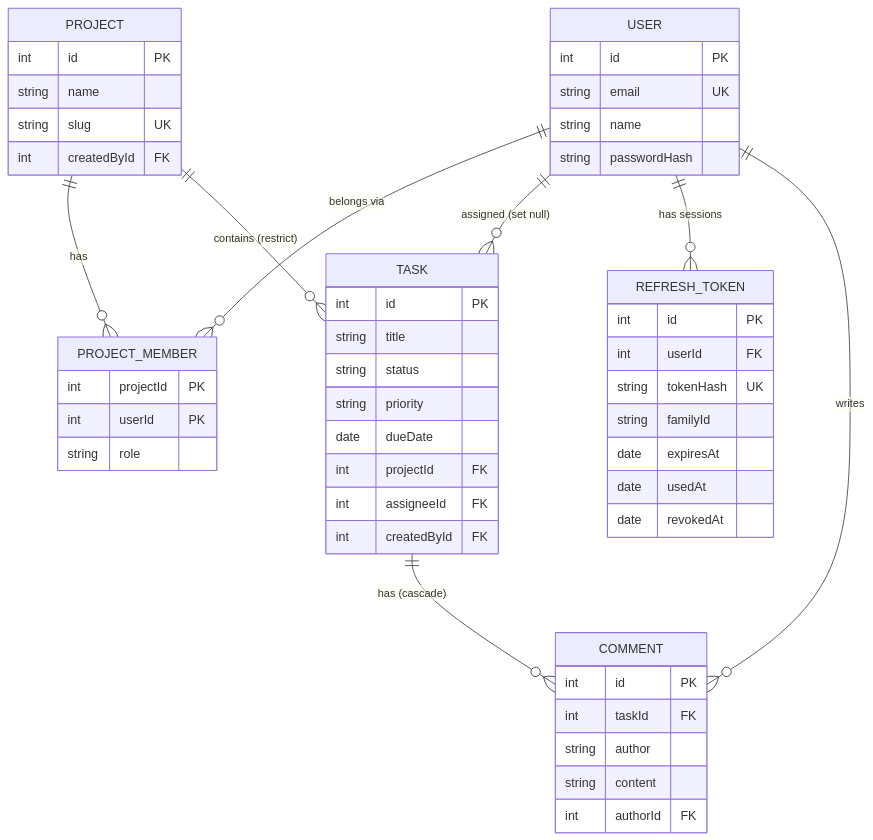
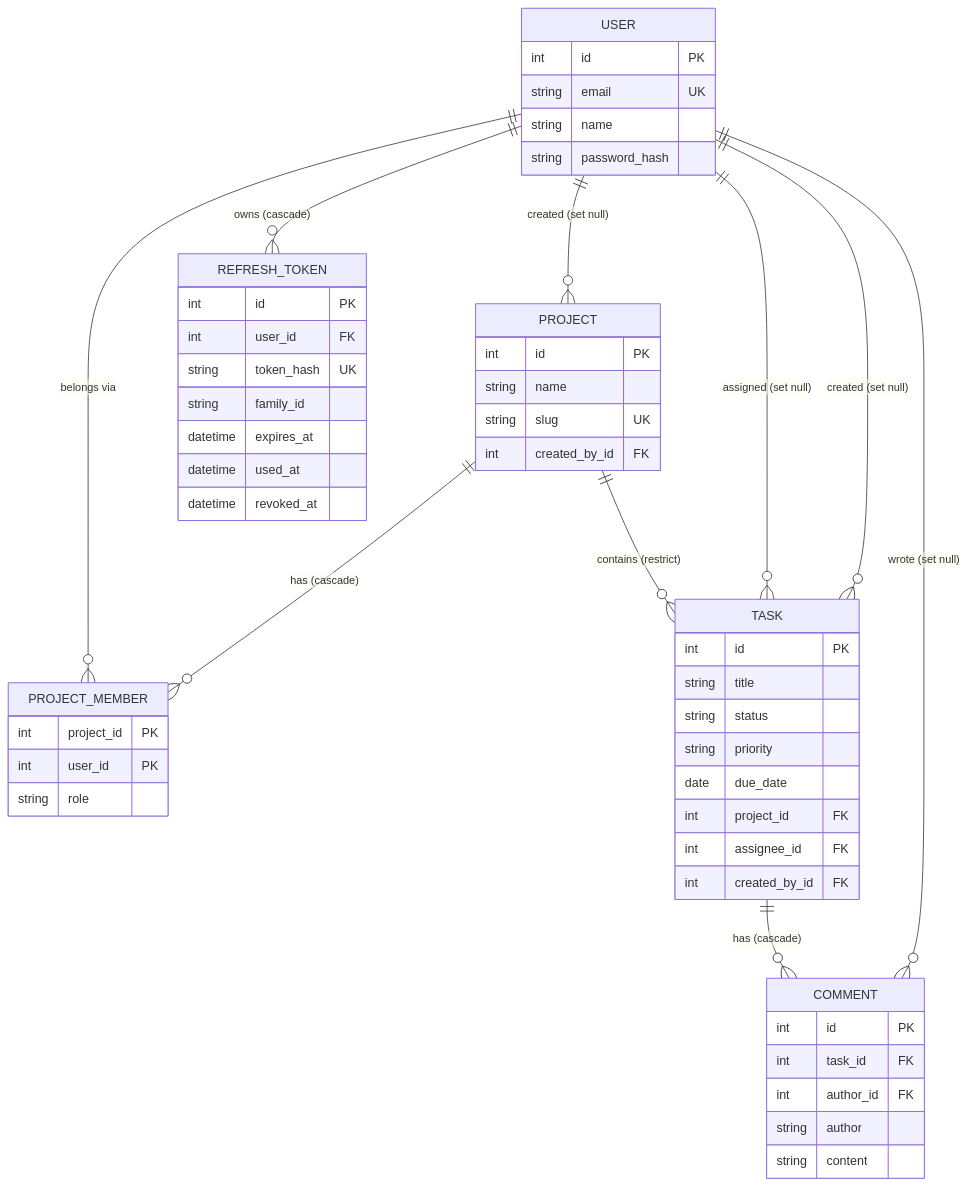
The second of 2 diagrams in README.md (YitbarekYonas/taskflow-api), drawn with Mermaid before and after one commit. The commit also changed other lines of this file and 11 other files, not shown here.

````diff
--- a/README.md
+++ b/README.md
@@ -286,42 +292,56 @@
 ```mermaid
 erDiagram
   USER ||--o{ PROJECT_MEMBER : "belongs via"
-  PROJECT ||--o{ PROJECT_MEMBER : "has"
+  PROJECT ||--o{ PROJECT_MEMBER : "has (cascade)"
   PROJECT ||--o{ TASK : "contains (restrict)"
   USER ||--o{ TASK : "assigned (set null)"
+  USER ||--o{ TASK : "created (set null)"
+  USER ||--o{ PROJECT : "created (set null)"
   TASK ||--o{ COMMENT : "has (cascade)"
-  USER ||--o{ REFRESH_TOKEN : "has sessions"
-  USER ||--o{ COMMENT : "writes"
+  USER ||--o{ COMMENT : "wrote (set null)"
+  USER ||--o{ REFRESH_TOKEN : "owns (cascade)"
 
-  USER { int id PK
-         string email UK
-         string name
-         string passwordHash }
-  PROJECT { int id PK
-            string name
-            string slug UK
-            int createdById FK }
-  PROJECT_MEMBER { int projectId PK
-                   int userId PK
-                   string role }
-  TASK { int id PK
-         string title
-         string status
-         string priority
-         date dueDate
-         int projectId FK
-         int assigneeId FK
-         int createdById FK }
-  COMMENT { int id PK
-            int taskId FK
-            string author
-            string content
-            int authorId FK }
-  REFRESH_TOKEN { int id PK
-                  int userId FK
-                  string tokenHash UK
-                  string familyId
-                  date expiresAt
-                  date usedAt
-                  date revokedAt }
+  USER {
+    int id PK
+    string email UK
+    string name
+    string password_hash
+  }
+  PROJECT {
+    int id PK
+    string name
+    string slug UK
+    int created_by_id FK
+  }
+  PROJECT_MEMBER {
+    int project_id PK
+    int user_id PK
+    string role
+  }
+  TASK {
+    int id PK
+    string title
+    string status
+    string priority
+    date due_date
+    int project_id FK
+    int assignee_id FK
+    int created_by_id FK
+  }
+  COMMENT {
+    int id PK
+    int task_id FK
+    int author_id FK
+    string author
+    string content
+  }
+  REFRESH_TOKEN {
+    int id PK
+    int user_id FK
+    string token_hash UK
+    string family_id
+    datetime expires_at
+    datetime used_at
+    datetime revoked_at
+  }
 ```
````
